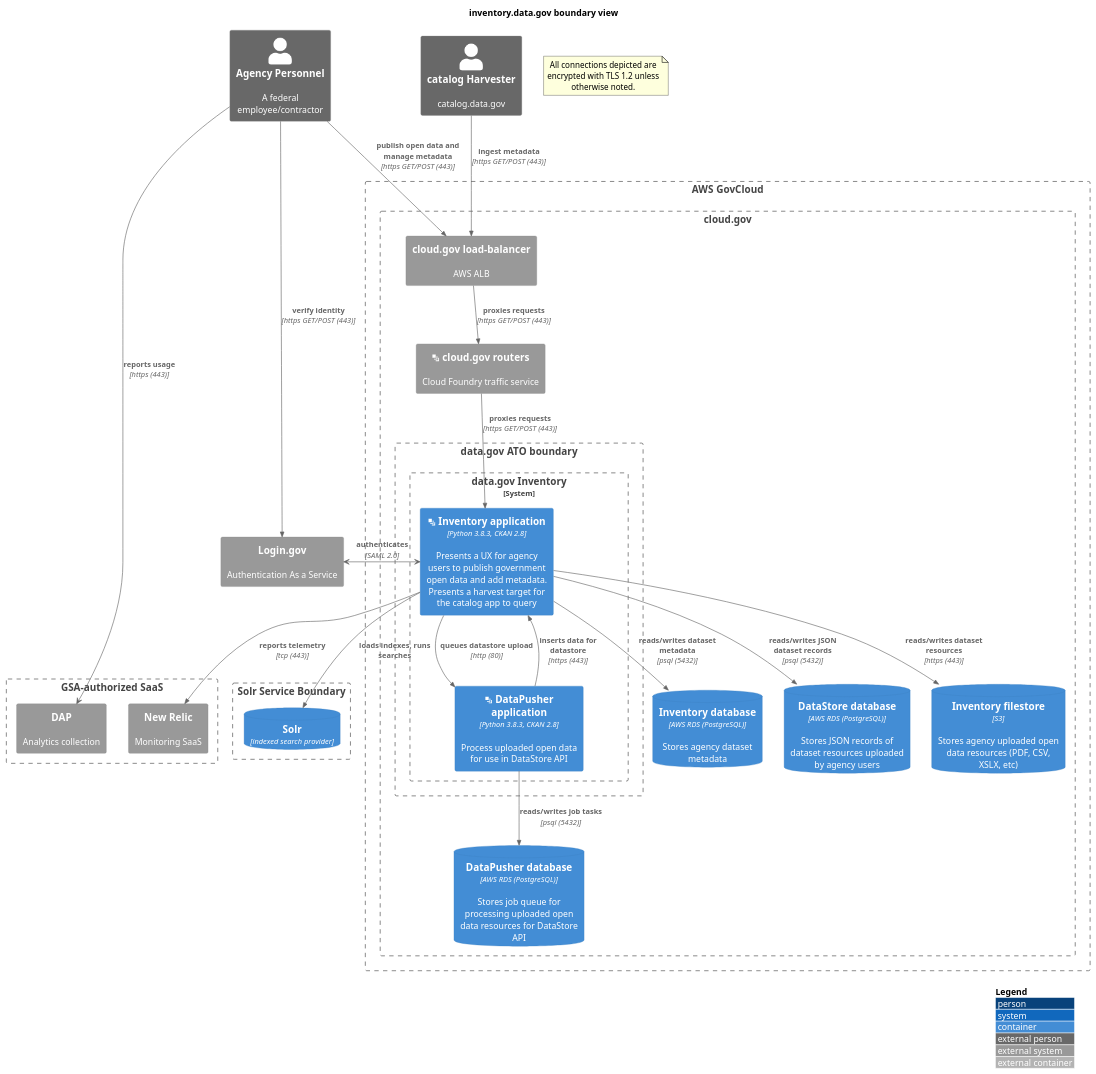
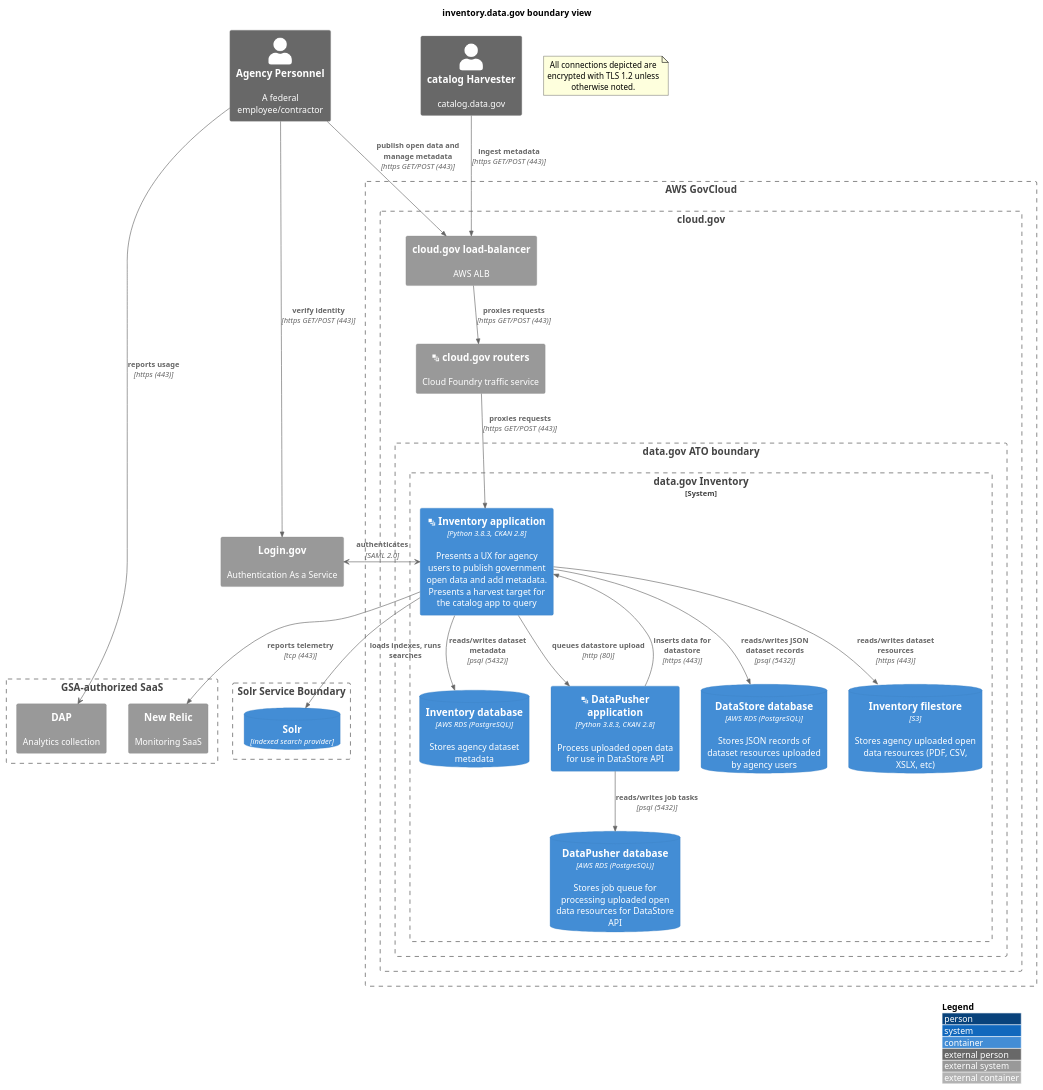
One commit to GSA/datagov-compliance changed the diagram in inventory.md. Above: the diagram before and after it, drawn with PlantUML. The commit also changed 1 other file, not shown here.

Commit message:
Bring services in-boundary for inventory boundary diagram

````diff
--- a/inventory.md
+++ b/inventory.md
@@ -3,54 +3,54 @@
 ```plantuml
 @startuml
 !include https://raw.githubusercontent.com/plantuml-stdlib/C4-PlantUML/master/C4_Container.puml
 ' uncomment the following line and comment the first to use locally
 ' !include C4_Container.puml
 LAYOUT_WITH_LEGEND()
 title inventory.data.gov boundary view
 Person_Ext(personnel, "Agency Personnel", "A federal employee/contractor")
 Person_Ext(harvester, "catalog Harvester", "catalog.data.gov")
 note as EncryptionNote
 All connections depicted are encrypted with TLS 1.2 unless otherwise noted.
 end note
 Boundary(aws, "AWS GovCloud") {
     Boundary(cloudgov, "cloud.gov") {
         System_Ext(aws_alb, "cloud.gov load-balancer", "AWS ALB")
         System_Ext(cloudgov_router, "<&layers> cloud.gov routers", "Cloud Foundry traffic service")
         Boundary(atob, "data.gov ATO boundary") {
             System_Boundary(inventory, "data.gov Inventory") {
                 Container(inventory_app, "<&layers> Inventory application", "Python 3.8.3, CKAN 2.8", "Presents a UX for agency users to publish government open data and add metadata. Presents a harvest target for the catalog app to query")
                 Container(datapusher_app, "<&layers> DataPusher application", "Python 3.8.3, CKAN 2.8", "Process uploaded open data for use in DataStore API")
+                ContainerDb(datapusher_db, "DataPusher database", "AWS RDS (PostgreSQL)", "Stores job queue for processing uploaded open data resources for DataStore API")
+                ContainerDb(inventory_db, "Inventory database", "AWS RDS (PostgreSQL)", "Stores agency dataset metadata")
+                ContainerDb(datastore_db, "DataStore database", "AWS RDS (PostgreSQL)", "Stores JSON records of dataset resources uploaded by agency users")
+                ContainerDb(inventory_s3, "Inventory filestore", "S3", "Stores agency uploaded open data resources (PDF, CSV, XSLX, etc)")
             }
         }
-        ContainerDb(datapusher_db, "DataPusher database", "AWS RDS (PostgreSQL)", "Stores job queue for processing uploaded open data resources for DataStore API")
-        ContainerDb(inventory_db, "Inventory database", "AWS RDS (PostgreSQL)", "Stores agency dataset metadata")
-        ContainerDb(datastore_db, "DataStore database", "AWS RDS (PostgreSQL)", "Stores JSON records of dataset resources uploaded by agency users")
-        ContainerDb(inventory_s3, "Inventory filestore", "S3", "Stores agency uploaded open data resources (PDF, CSV, XSLX, etc)")
     }
 }
 System_Ext(Login.gov, "Login.gov", "Authentication As a Service")
 Boundary(gsa_saas, "GSA-authorized SaaS") {
     System_Ext(dap, "DAP", "Analytics collection")
     System_Ext(newrelic, "New Relic", "Monitoring SaaS")
 }
 personnel -> dap : **reports usage** \n//[https (443)]//
 Rel(inventory_app, newrelic, "reports telemetry", "tcp (443)")
 Rel(inventory_app, datapusher_app, "queues datastore upload", "http (80)")
 Rel(datapusher_app, inventory_app, "inserts data for datastore", "https (443)")
 Rel(personnel, aws_alb, "publish open data and manage metadata", "https GET/POST (443)")
 Rel(harvester, aws_alb, "ingest metadata", "https GET/POST (443)")
 Rel(aws_alb, cloudgov_router, "proxies requests", "https GET/POST (443)")
 Rel(cloudgov_router, inventory_app, "proxies requests", "https GET/POST (443)")
 inventory_app <-> Login.gov : **authenticates** \n//[SAML 2.0]//
 'Rel(inventory_app, Login.gov, "authenticates", "SAML 2.0")
 Rel(personnel, Login.gov, "verify identity", "https GET/POST (443)")
 Rel(inventory_app, inventory_db, "reads/writes dataset metadata", "psql (5432)")
 Rel(inventory_app, datastore_db, "reads/writes JSON dataset records", "psql (5432)")
 Rel(inventory_app, inventory_s3, "reads/writes dataset resources", "https (443)")
 Rel(datapusher_app, datapusher_db, "reads/writes job tasks", "psql (5432)")
 Boundary(solrb, "Solr Service Boundary") {
     ContainerDb(solr, "Solr", "indexed search provider")
 }
 Rel(inventory_app, solr, "loads indexes, runs searches")
 @enduml
 ```
````
